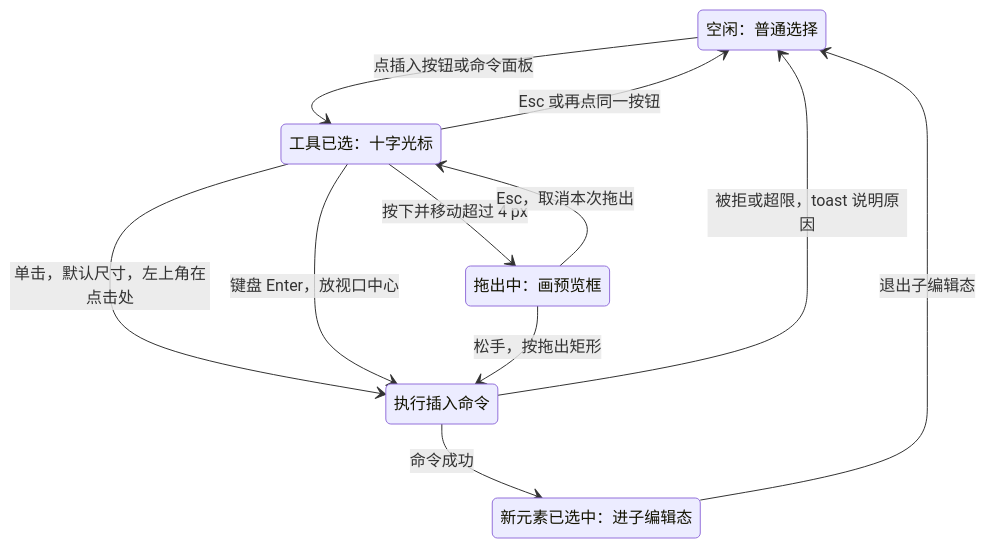
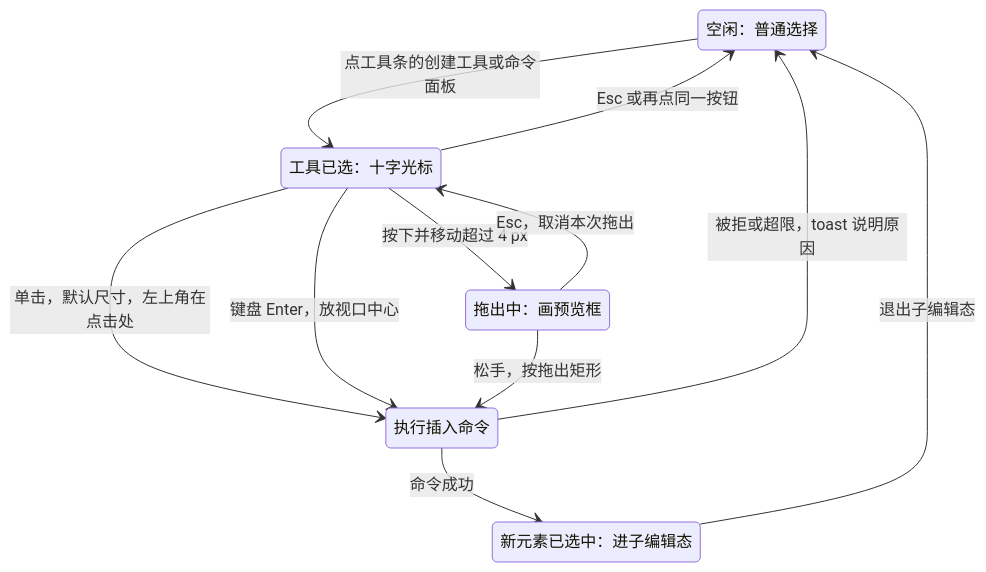
Before and after one commit to Xeonice/cordis-ppt-editor: the eighth of 35 diagrams in docs/50-frontend/18-editor-capabilities.md, drawn with Mermaid. The commit also changed other lines of this file and 25 other files, not shown here.

````diff
--- a/docs/50-frontend/18-editor-capabilities.md
+++ b/docs/50-frontend/18-editor-capabilities.md
@@ -392,18 +404,18 @@
 ```mermaid
 stateDiagram-v2
   state "空闲：普通选择" as idle
   state "工具已选：十字光标" as armed
   state "拖出中：画预览框" as dragging
   state "执行插入命令" as exec
   state "新元素已选中：进子编辑态" as placed
-  idle --> armed : 点插入按钮或命令面板
+  idle --> armed : 点工具条的创建工具或命令面板
   armed --> exec : 单击，默认尺寸，左上角在点击处
   armed --> dragging : 按下并移动超过 4 px
   armed --> exec : 键盘 Enter，放视口中心
   dragging --> exec : 松手，按拖出矩形
   dragging --> armed : Esc，取消本次拖出
   armed --> idle : Esc 或再点同一按钮
   exec --> placed : 命令成功
   exec --> idle : 被拒或超限，toast 说明原因
   placed --> idle : 退出子编辑态
 ```
````
